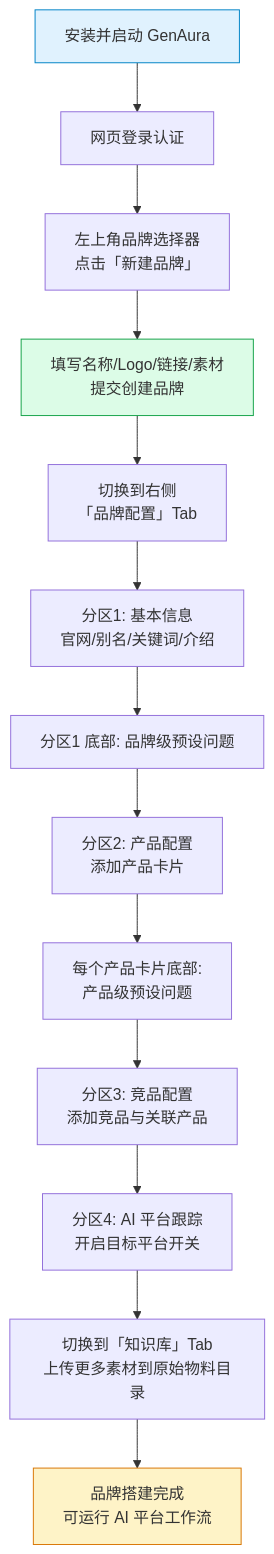
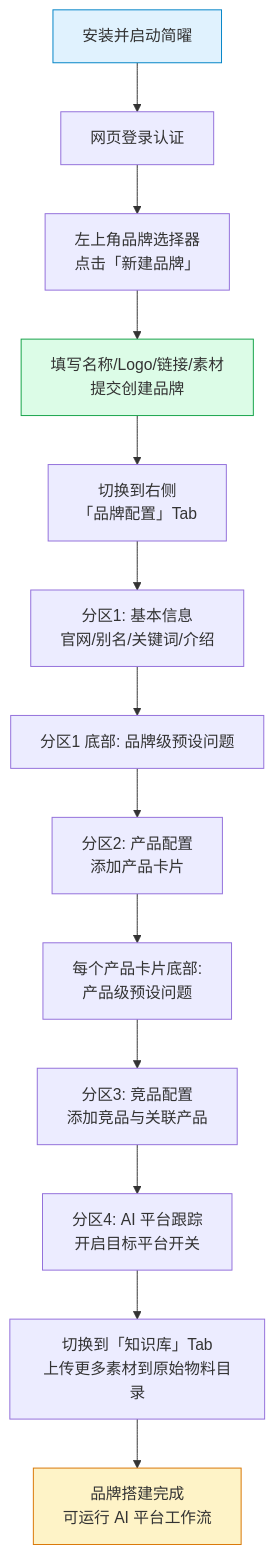
One commit to bianjieai/genaura-docs changed the diagram in zh/tutorials/01-first-brand.md. Above: the diagram before and after it, drawn with Mermaid. The commit also changed other lines of this file and 3 other files, not shown here.

````diff
--- a/zh/tutorials/01-first-brand.md
+++ b/zh/tutorials/01-first-brand.md
@@ -18,19 +18,19 @@
 ```mermaid
 flowchart TD
-    A[安装并启动 GenAura] --> B[网页登录认证]
+    A[安装并启动简曜] --> B[网页登录认证]
     B --> C[左上角品牌选择器<br/>点击「新建品牌」]
     C --> D[填写名称/Logo/链接/素材<br/>提交创建品牌]
     D --> E[切换到右侧<br/>「品牌配置」Tab]
     E --> F[分区1: 基本信息<br/>官网/别名/关键词/介绍]
     F --> G[分区1 底部: 品牌级预设问题]
     G --> H[分区2: 产品配置<br/>添加产品卡片]
     H --> I[每个产品卡片底部:<br/>产品级预设问题]
     I --> J[分区3: 竞品配置<br/>添加竞品与关联产品]
     J --> K[分区4: AI 平台跟踪<br/>开启目标平台开关]
     K --> L[切换到「知识库」Tab<br/>上传更多素材到原始物料目录]
     L --> M[品牌搭建完成<br/>可运行 AI 平台工作流]
 
     style A fill:#e0f2fe,stroke:#0284c7
     style D fill:#dcfce7,stroke:#16a34a
     style M fill:#fef3c7,stroke:#d97706
 ```
````
